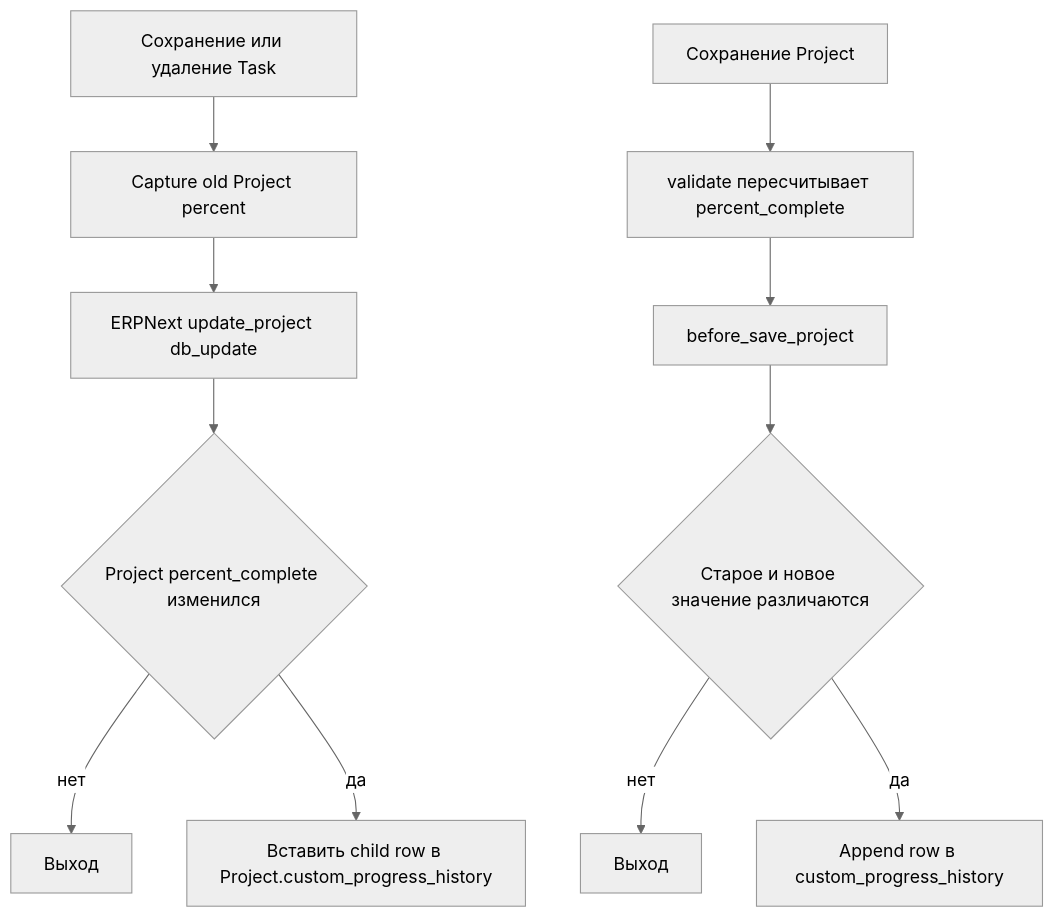
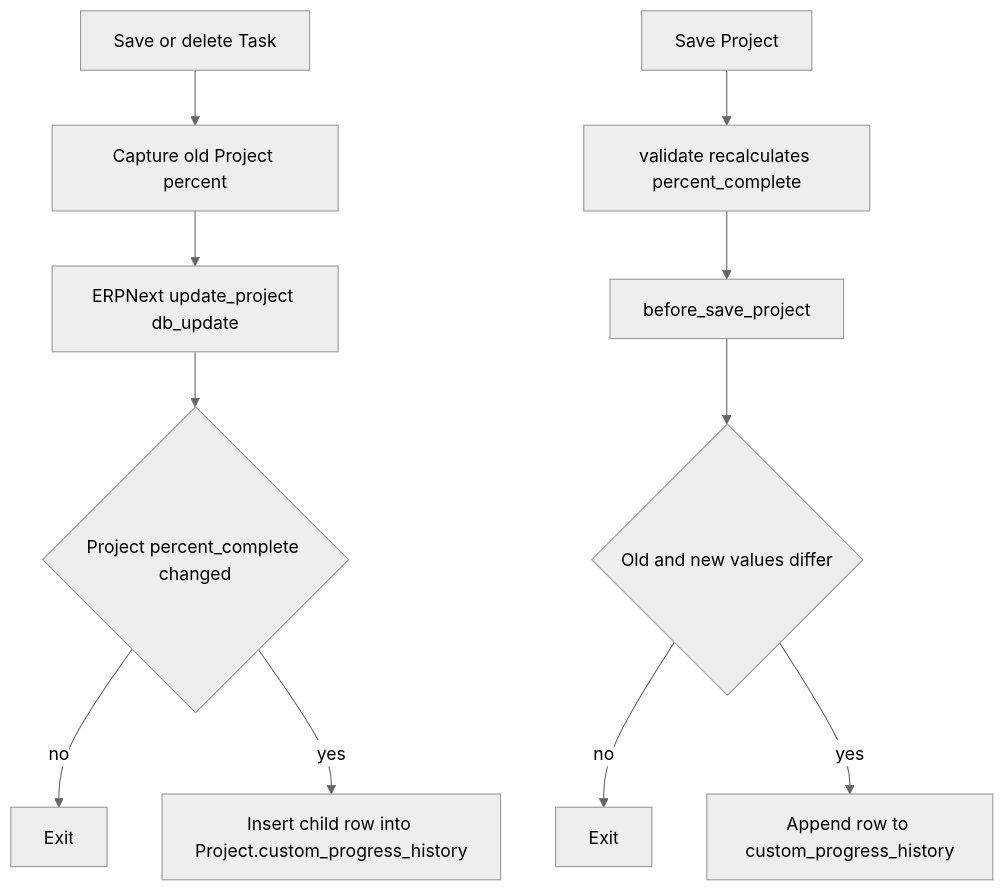
One commit to Dinext-pro/dinext-project-tasks-gantt changed the second of 5 diagrams in README.md. Above: the diagram before and after it, drawn with Mermaid (neutral theme). The commit also changed other lines of this file and 1 other file, not shown here.

````diff
--- a/README.md
+++ b/README.md
@@ -176,14 +174,14 @@
 ```mermaid
 flowchart TD
-    taskChange[Сохранение или удаление Task] --> capture[Capture old Project percent]
+    taskChange[Save or delete Task] --> capture[Capture old Project percent]
     capture --> erpnextUpdate[ERPNext update_project db_update]
-    erpnextUpdate --> compareProject{Project percent_complete изменился}
-    compareProject -->|нет| skipProject[Выход]
-    compareProject -->|да| insertProject[Вставить child row в Project.custom_progress_history]
+    erpnextUpdate --> compareProject{Project percent_complete changed}
+    compareProject -->|no| skipProject[Exit]
+    compareProject -->|yes| insertProject[Insert child row into Project.custom_progress_history]
 
-    projectSave[Сохранение Project] --> projectValidate[validate пересчитывает percent_complete]
+    projectSave[Save Project] --> projectValidate[validate recalculates percent_complete]
     projectValidate --> beforeSave[before_save_project]
-    beforeSave --> compareDirect{Старое и новое значение различаются}
-    compareDirect -->|нет| skipDirect[Выход]
-    compareDirect -->|да| appendDirect[Append row в custom_progress_history]
+    beforeSave --> compareDirect{Old and new values differ}
+    compareDirect -->|no| skipDirect[Exit]
+    compareDirect -->|yes| appendDirect[Append row to custom_progress_history]
 ```
````
